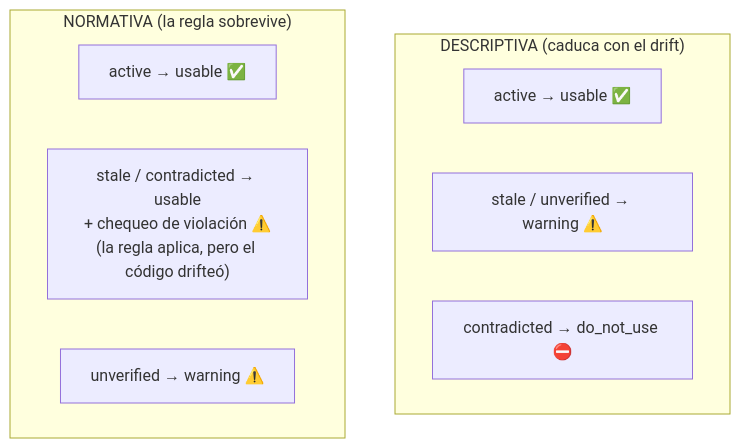
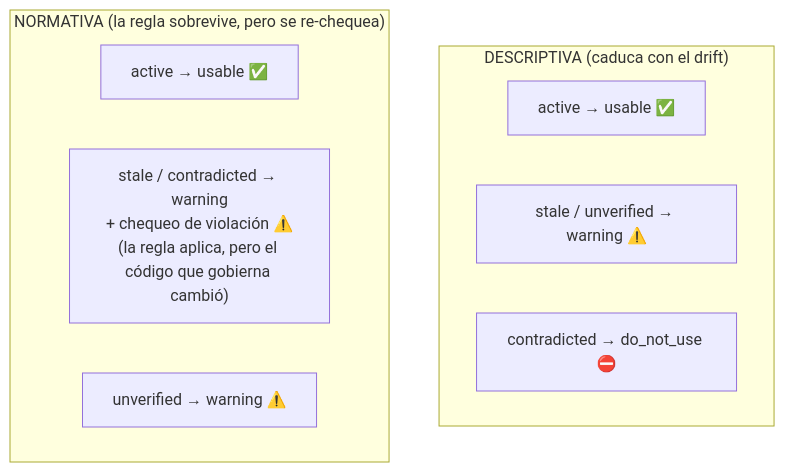
Before and after one commit to Kolimar/leina: the third of 4 diagrams in docs/i18n/es/concepts/05-comunicacion-grafo-memoria.md, drawn with Mermaid. The commit also changed other lines of this file and 26 other files, not shown here.

````diff
--- a/docs/i18n/es/concepts/05-comunicacion-grafo-memoria.md
+++ b/docs/i18n/es/concepts/05-comunicacion-grafo-memoria.md
@@ -108,13 +144,13 @@
 ```mermaid
 flowchart TD
     subgraph desc["DESCRIPTIVA (caduca con el drift)"]
         d1["active → usable ✅"]
         d2["stale / unverified → warning ⚠️"]
         d3["contradicted → do_not_use ⛔"]
     end
-    subgraph norm["NORMATIVA (la regla sobrevive)"]
+    subgraph norm["NORMATIVA (la regla sobrevive, pero se re-chequea)"]
         n1["active → usable ✅"]
-        n2["stale / contradicted → usable<br/>+ chequeo de violación ⚠️<br/>(la regla aplica, pero el código drifteó)"]
+        n2["stale / contradicted → warning<br/>+ chequeo de violación ⚠️<br/>(la regla aplica, pero el código que gobierna cambió)"]
         n3["unverified → warning ⚠️"]
     end
 ```
````
